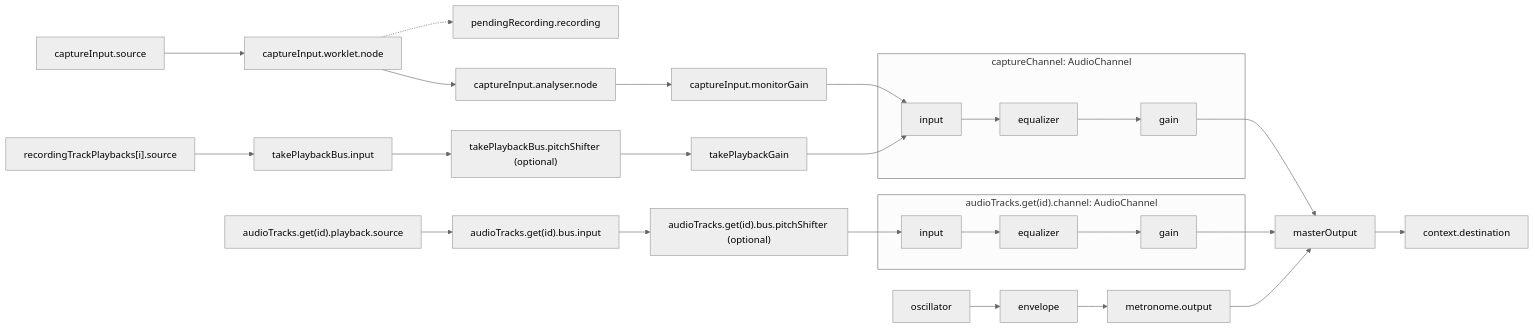
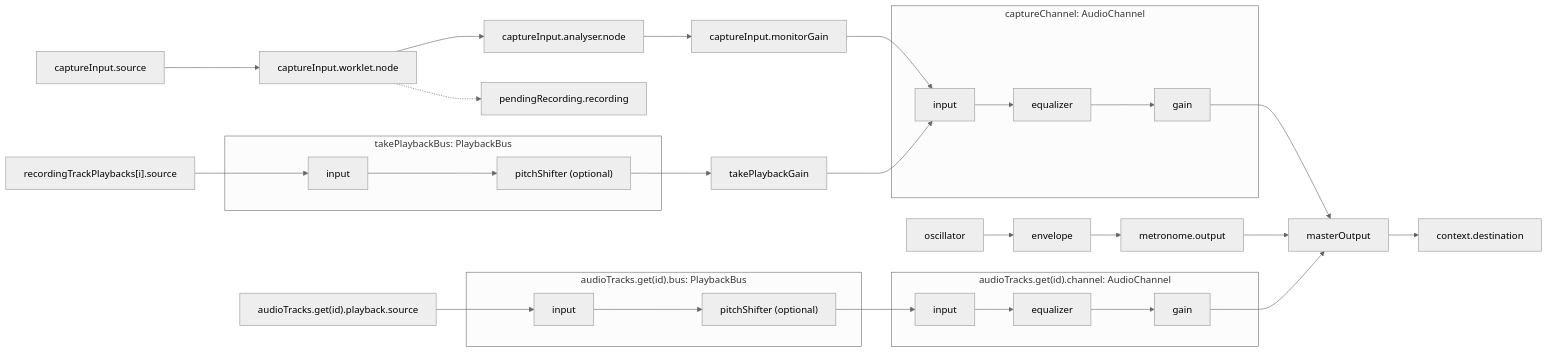
The diagram in src/lib/recorder/README.md (hi-ogawa/toy-midi), drawn with Mermaid (neutral theme) before and after one commit.

Commit message:
docs: group playback bus nodes in signal diagram

````diff
--- a/src/lib/recorder/README.md
+++ b/src/lib/recorder/README.md
@@ -5,32 +5,36 @@
 ```mermaid
 flowchart LR
     captureSource["captureInput.source"] --> captureWorklet["captureInput.worklet.node"]
     captureWorklet -.-> recording["pendingRecording.recording"]
     captureWorklet --> analyser["captureInput.analyser.node"]
     analyser --> monitorGain["captureInput.monitorGain"]
     monitorGain --> captureInput
-    takeSource["recordingTrackPlaybacks[i].source"] --> takeBusInput["takePlaybackBus.input"]
-    takeBusInput --> takePitchShifter["takePlaybackBus.pitchShifter (optional)"]
+    takeSource["recordingTrackPlaybacks[i].source"] --> takeBusInput
+    subgraph takePlaybackBus["takePlaybackBus: PlaybackBus"]
+        takeBusInput["input"] --> takePitchShifter["pitchShifter (optional)"]
+    end
     takePitchShifter --> takePlaybackGain["takePlaybackGain"]
     takePlaybackGain --> captureInput
 
     subgraph captureChannel["captureChannel: AudioChannel"]
         captureInput["input"] --> captureEqualizer["equalizer"]
         captureEqualizer --> captureGain["gain"]
     end
 
-    audioSource["audioTracks.get(id).playback.source"] --> audioBusInput["audioTracks.get(id).bus.input"]
-    audioBusInput --> audioPitchShifter["audioTracks.get(id).bus.pitchShifter (optional)"]
+    audioSource["audioTracks.get(id).playback.source"] --> audioBusInput
+    subgraph audioPlaybackBus["audioTracks.get(id).bus: PlaybackBus"]
+        audioBusInput["input"] --> audioPitchShifter["pitchShifter (optional)"]
+    end
     audioPitchShifter --> trackInput
     subgraph audioChannel["audioTracks.get(id).channel: AudioChannel"]
         trackInput["input"] --> trackEqualizer["equalizer"]
         trackEqualizer --> trackGain["gain"]
     end
 
     captureGain --> masterOutput["masterOutput"]
     trackGain --> masterOutput
     oscillator["oscillator"] --> envelope["envelope"]
     envelope --> metronomeOutput["metronome.output"]
     metronomeOutput --> masterOutput
     masterOutput --> destination["context.destination"]
 ```
````
